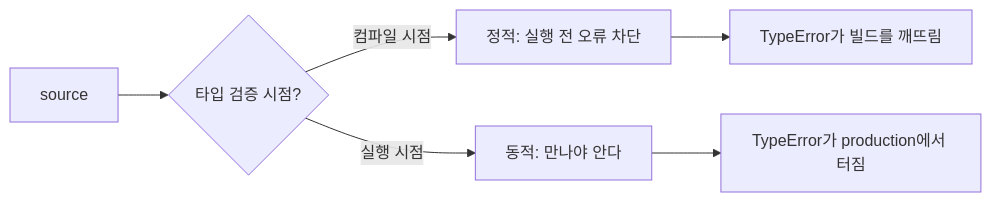
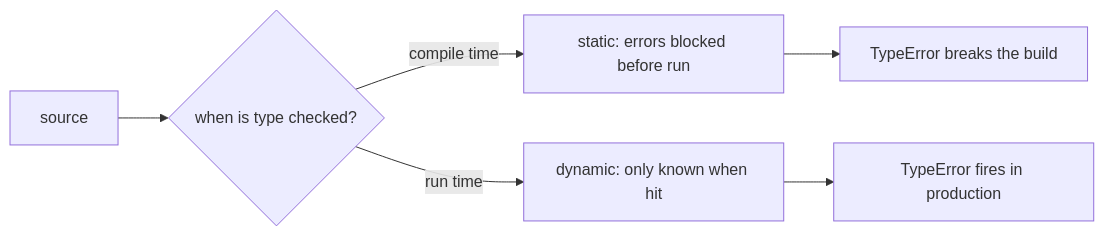
One commit to yeongseon-books/book-content changed the diagram in content/programming-languages-101/ko/09-static-vs-dynamic.md. Above: the diagram before and after it, drawn with Mermaid. The commit also changed other lines of this file and 9 other files, not shown here.

````diff
--- a/content/programming-languages-101/ko/09-static-vs-dynamic.md
+++ b/content/programming-languages-101/ko/09-static-vs-dynamic.md
@@ -36,8 +47,8 @@
 ```mermaid
 flowchart LR
-    A["source"] --> B{"타입 검증 시점?"}
-    B -->|컴파일 시점| C["정적: 실행 전 오류 차단"]
-    B -->|실행 시점| D["동적: 만나야 안다"]
-    C --> E["TypeError가 빌드를 깨뜨림"]
-    D --> F["TypeError가 production에서 터짐"]
+    A["source"] --> B{"when is type checked?"}
+    B -->|compile time| C["static: errors blocked before run"]
+    B -->|run time| D["dynamic: only known when hit"]
+    C --> E["TypeError breaks the build"]
+    D --> F["TypeError fires in production"]
 ```
````
